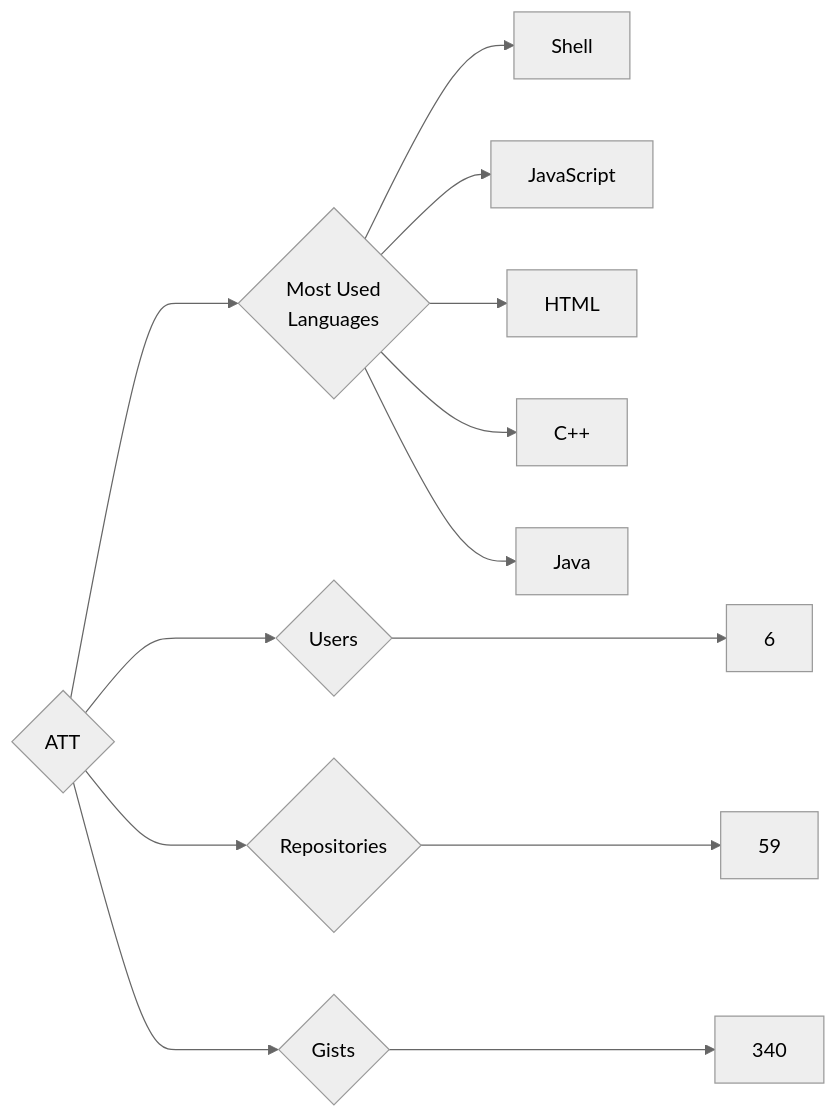
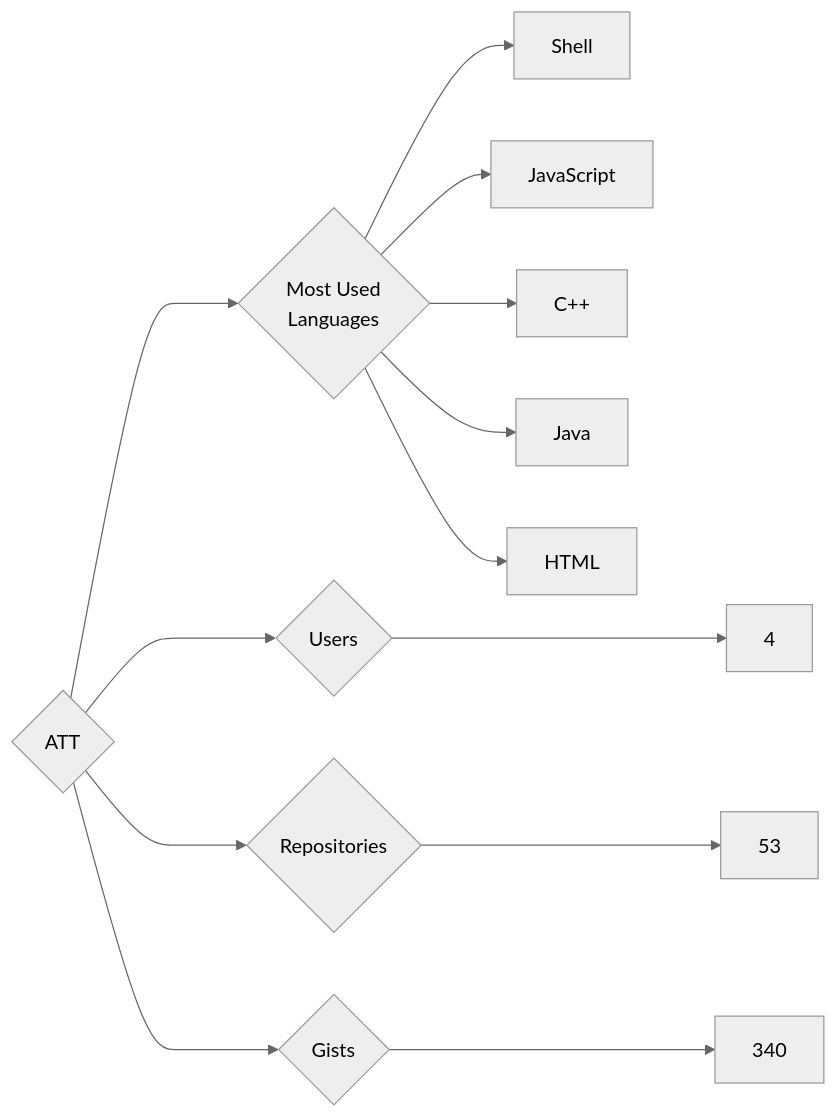
One commit to trickest/insiders changed the diagram in targets/ATT/README.md. Above: the diagram before and after it, drawn with Mermaid (neutral theme). The commit also changed 837 other files, not shown here.

````diff
--- a/targets/ATT/README.md
+++ b/targets/ATT/README.md
@@ -3,13 +3,13 @@
 ```mermaid
 graph LR
 COMPANY_NAME{ATT}
-COMPANY_NAME ---> U{Users} ---> UN[6]
-COMPANY_NAME ---> R{Repositories} ---> RN[59]
+COMPANY_NAME ---> U{Users} ---> UN[4]
+COMPANY_NAME ---> R{Repositories} ---> RN[53]
 COMPANY_NAME ---> G{Gists} ---> GN[340]
 COMPANY_NAME ---> ML{Most Used<br>Languages}
 ML --> Shell[Shell]
 ML --> JavaScript[JavaScript]
-ML --> HTML[HTML]
 ML --> C++[C++]
 ML --> Java[Java]
+ML --> HTML[HTML]
 ```
````
